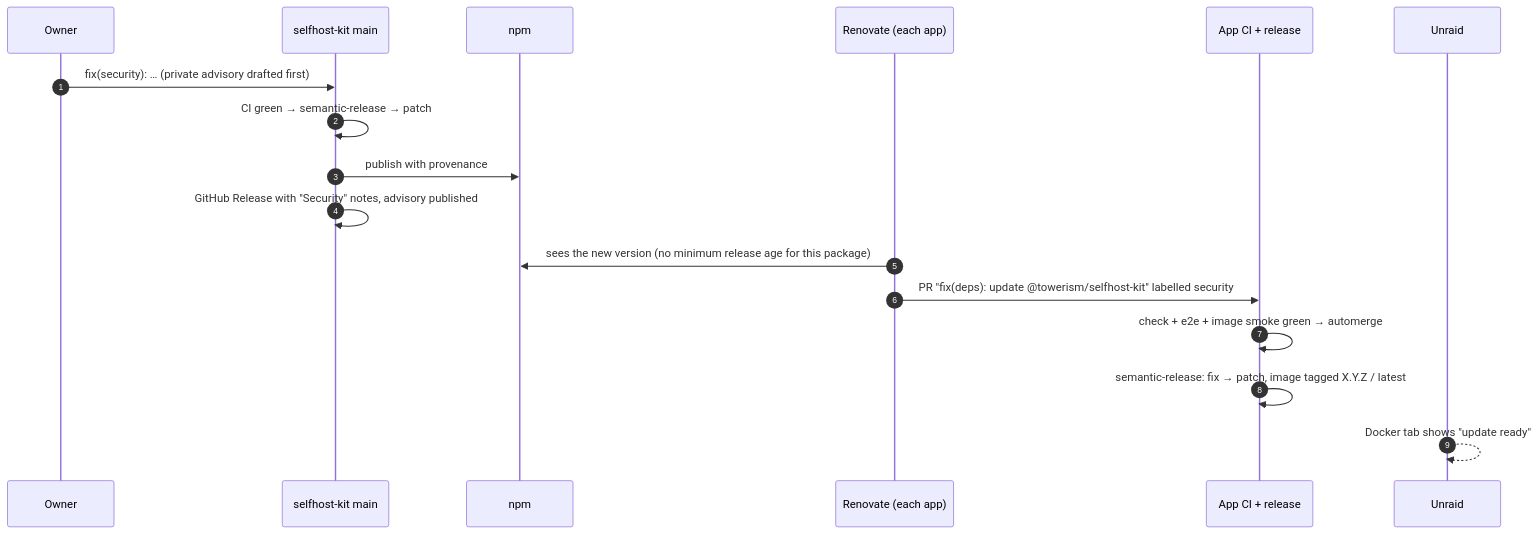
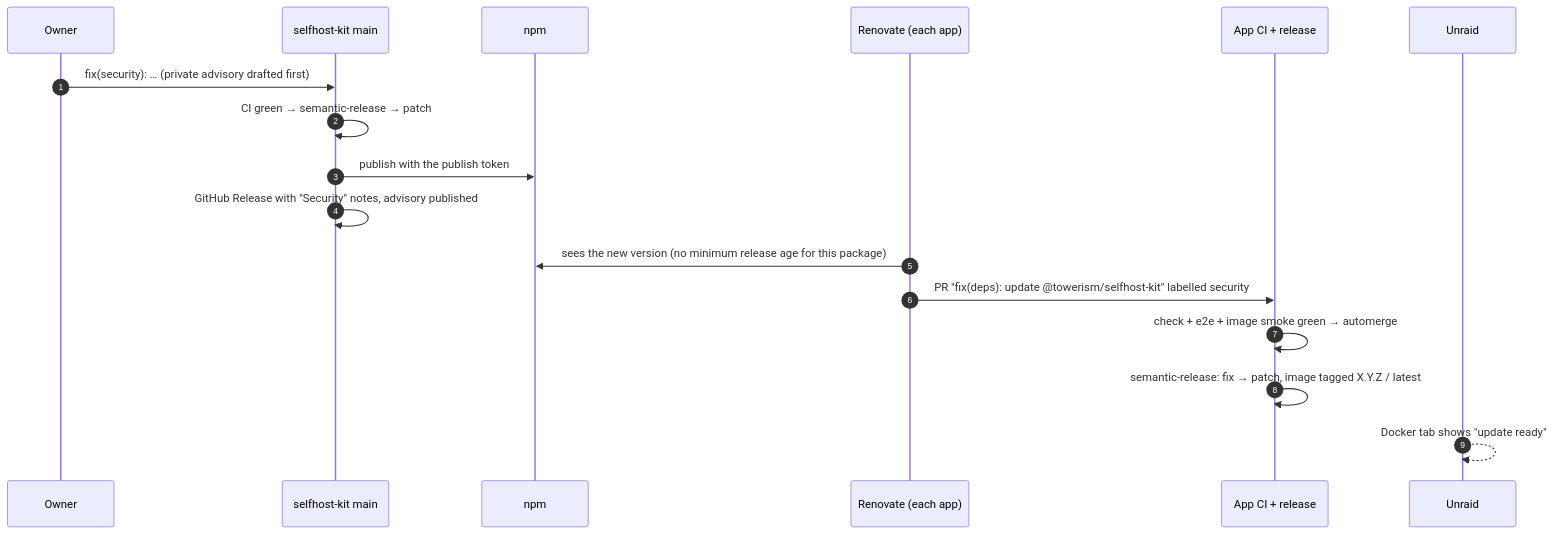
The second of 2 diagrams in docs/architecture/README.md (Towerism/selfhost-kit), drawn with Mermaid before and after one commit. The commit also changed other lines of this file and 6 other files, not shown here.

````diff
--- a/docs/architecture/README.md
+++ b/docs/architecture/README.md
@@ -418,19 +418,19 @@
 ```mermaid
 sequenceDiagram
   autonumber
   participant Dev as Owner
   participant Kit as selfhost-kit main
   participant NPM as npm
   participant Ren as Renovate (each app)
   participant App as App CI + release
   participant Unraid
   Dev->>Kit: fix(security): … (private advisory drafted first)
   Kit->>Kit: CI green → semantic-release → patch
-  Kit->>NPM: publish with provenance
+  Kit->>NPM: publish with the publish token
   Kit->>Kit: GitHub Release with "Security" notes, advisory published
   Ren->>NPM: sees the new version (no minimum release age for this package)
   Ren->>App: PR "fix(deps): update @towerism/selfhost-kit" labelled security
   App->>App: check + e2e + image smoke green → automerge
   App->>App: semantic-release: fix → patch, image tagged X.Y.Z / latest
   Unraid-->>Unraid: Docker tab shows "update ready"
 ```
````
